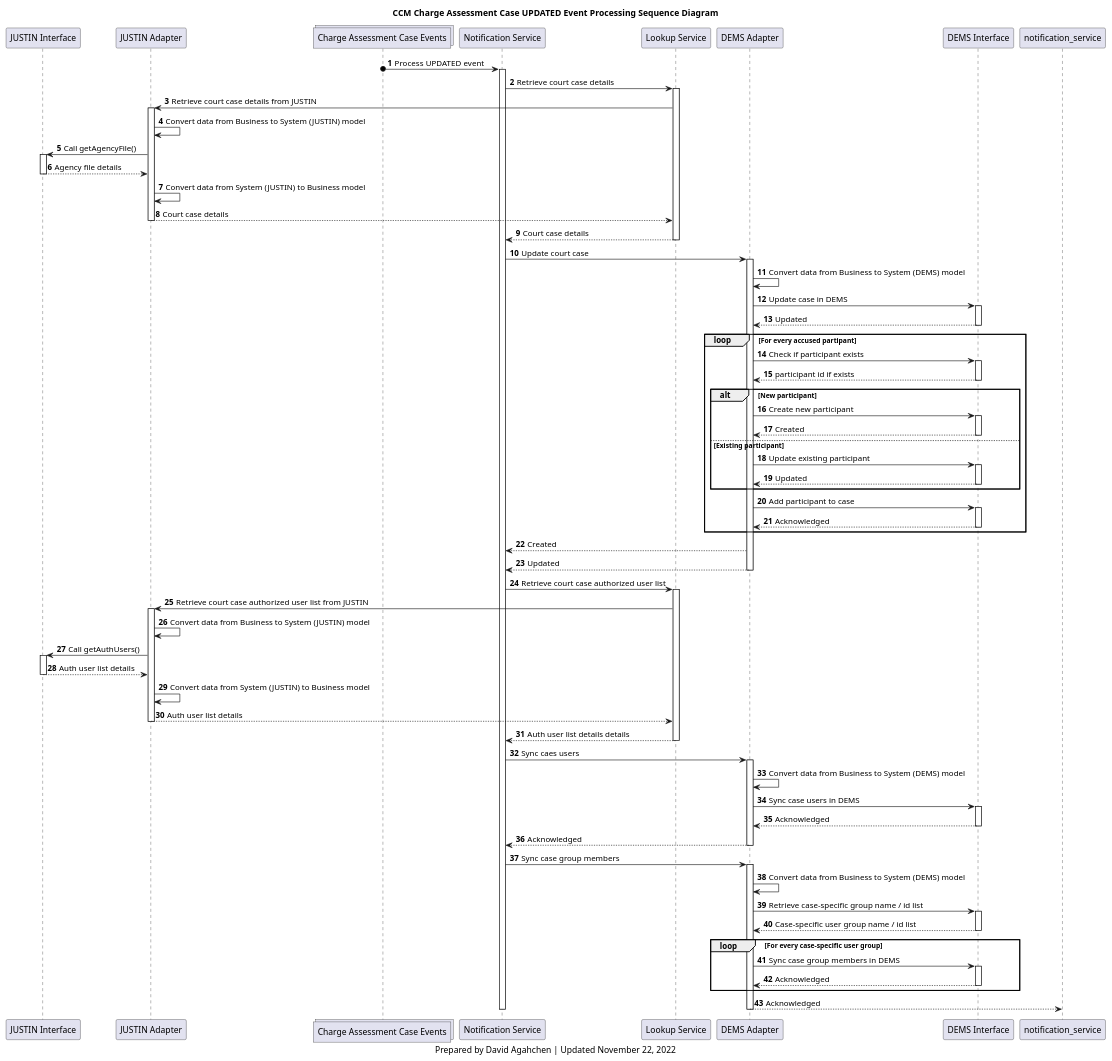
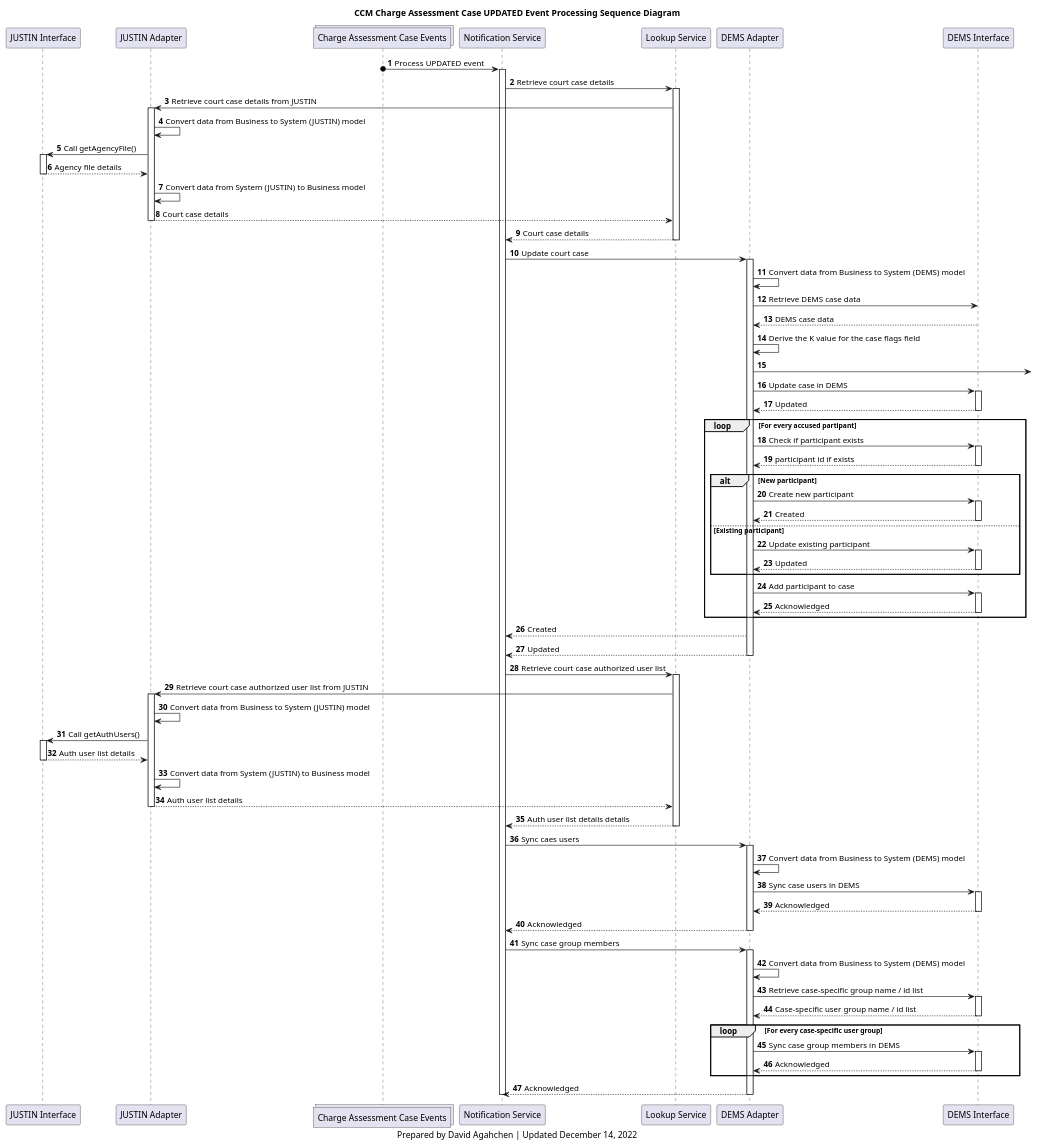
The diagram in diagrams/ccm_charge_assessment_case_updated_processing_sequence_diagram.plantuml (bcgov/jpss-jade-ccm), drawn with PlantUML before and after one commit. The commit also changed 1 other file, not shown here.

Commit message:
JADE-1927 sequence diagram updates

```diff
--- a/diagrams/ccm_charge_assessment_case_updated_processing_sequence_diagram.plantuml
+++ b/diagrams/ccm_charge_assessment_case_updated_processing_sequence_diagram.plantuml
@@ -1,120 +1,124 @@
 @startuml
 'hide footbox
 participant j_interface as "JUSTIN Interface"
 participant j_adapter as "JUSTIN Adapter"
 collections court_cases_topic as "Charge Assessment Case Events"
-participant case_notification_service as "Notification Service"
-participant case_lookup_service as "Lookup Service"
+participant notification_service as "Notification Service"
+participant lookup_service as "Lookup Service"
 participant d_adapter as "DEMS Adapter"
 participant d_interface as "DEMS Interface"
 
 title
 CCM Charge Assessment Case UPDATED Event Processing Sequence Diagram
 end title
 
 autonumber
 
-court_cases_topic o-> case_notification_service : Process UPDATED event
-activate case_notification_service
-case_notification_service -> case_lookup_service: Retrieve court case details
-activate case_lookup_service
-case_lookup_service -> j_adapter: Retrieve court case details from JUSTIN
+court_cases_topic o-> notification_service : Process UPDATED event
+activate notification_service
+notification_service -> lookup_service: Retrieve court case details
+activate lookup_service
+lookup_service -> j_adapter: Retrieve court case details from JUSTIN
 
 activate j_adapter
 j_adapter -> j_adapter: Convert data from Business to System (JUSTIN) model
 j_adapter -> j_interface: Call getAgencyFile()
 activate j_interface
 j_interface --> j_adapter: Agency file details
 deactivate j_interface
 j_adapter -> j_adapter: Convert data from System (JUSTIN) to Business model
-j_adapter --> case_lookup_service: Court case details
+j_adapter --> lookup_service: Court case details
 deactivate j_adapter
 
-case_lookup_service --> case_notification_service: Court case details
-deactivate case_lookup_service
-case_notification_service -> d_adapter: Update court case
+lookup_service --> notification_service: Court case details
+deactivate lookup_service
+notification_service -> d_adapter: Update court case
 
 activate d_adapter
 d_adapter -> d_adapter: Convert data from Business to System (DEMS) model
+d_adapter -> d_interface: Retrieve DEMS case data
+d_interface --> d_adapter: DEMS case data
+d_adapter -> d_adapter: Derive the K value for the case flags field
+d_adapter -> 
 d_adapter -> d_interface: Update case in DEMS
 activate d_interface
 d_interface --> d_adapter: Updated
 deactivate d_interface
 
 loop For every accused partipant
     d_adapter -> d_interface: Check if participant exists
     activate d_interface
     d_interface --> d_adapter: participant id if exists
     deactivate d_interface
     alt New participant
         d_adapter -> d_interface: Create new participant
         activate d_interface
         d_interface --> d_adapter: Created
         deactivate d_interface
     else Existing participant
         d_adapter -> d_interface: Update existing participant
         activate d_interface
         d_interface --> d_adapter: Updated
         deactivate d_interface
     end
     d_adapter -> d_interface: Add participant to case
     activate d_interface
     d_interface --> d_adapter: Acknowledged
     deactivate d_interface
 end
 
-d_adapter --> case_notification_service: Created
+d_adapter --> notification_service: Created
 
-d_adapter --> case_notification_service: Updated
+d_adapter --> notification_service: Updated
 deactivate d_adapter
 
-case_notification_service -> case_lookup_service: Retrieve court case authorized user list
-activate case_lookup_service
-case_lookup_service -> j_adapter: Retrieve court case authorized user list from JUSTIN
+notification_service -> lookup_service: Retrieve court case authorized user list
+activate lookup_service
+lookup_service -> j_adapter: Retrieve court case authorized user list from JUSTIN
 
 activate j_adapter
 j_adapter -> j_adapter: Convert data from Business to System (JUSTIN) model
 j_adapter -> j_interface: Call getAuthUsers()
 activate j_interface
 j_interface --> j_adapter: Auth user list details
 deactivate j_interface
 j_adapter -> j_adapter: Convert data from System (JUSTIN) to Business model
-j_adapter --> case_lookup_service: Auth user list details
+j_adapter --> lookup_service: Auth user list details
 deactivate j_adapter
 
-case_lookup_service --> case_notification_service: Auth user list details details
-deactivate case_lookup_service
+lookup_service --> notification_service: Auth user list details details
+deactivate lookup_service
 
-case_notification_service -> d_adapter: Sync caes users
+notification_service -> d_adapter: Sync caes users
 activate d_adapter
 d_adapter -> d_adapter: Convert data from Business to System (DEMS) model
 d_adapter -> d_interface: Sync case users in DEMS
 activate d_interface
 d_interface --> d_adapter: Acknowledged
 deactivate d_interface
 
-d_adapter --> case_notification_service: Acknowledged
+d_adapter --> notification_service: Acknowledged
 deactivate d_adapter
 
-case_notification_service -> d_adapter: Sync case group members
+notification_service -> d_adapter: Sync case group members
 activate d_adapter
 d_adapter -> d_adapter: Convert data from Business to System (DEMS) model
 d_adapter -> d_interface: Retrieve case-specific group name / id list
 activate d_interface
 d_interface --> d_adapter: Case-specific user group name / id list
 deactivate d_interface
 loop For every case-specific user group
     d_adapter -> d_interface: Sync case group members in DEMS
     activate d_interface
     d_interface --> d_adapter: Acknowledged
     deactivate d_interface
 end
 d_adapter --> notification_service: Acknowledged
 deactivate d_adapter
 
-deactivate case_notification_service
+deactivate notification_service
 
 caption
-Prepared by David Agahchen | Updated November 22, 2022
+Prepared by David Agahchen | Updated December 14, 2022
 end caption
 @enduml
```
